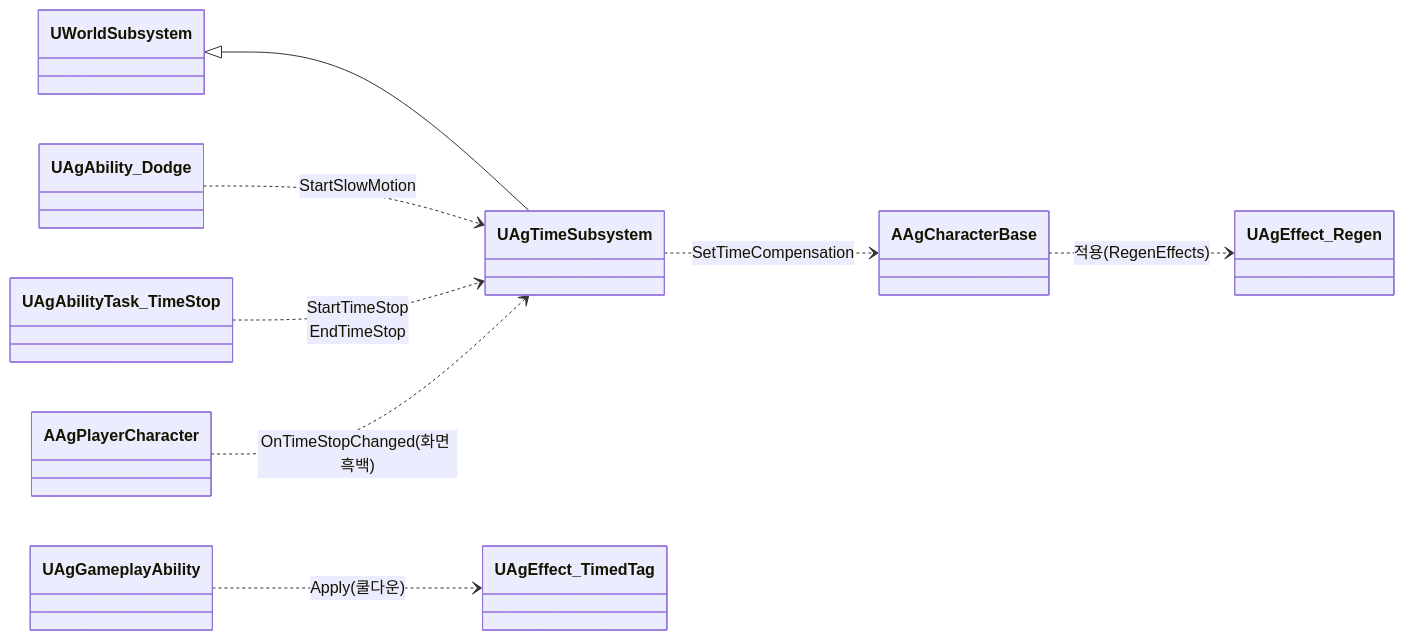
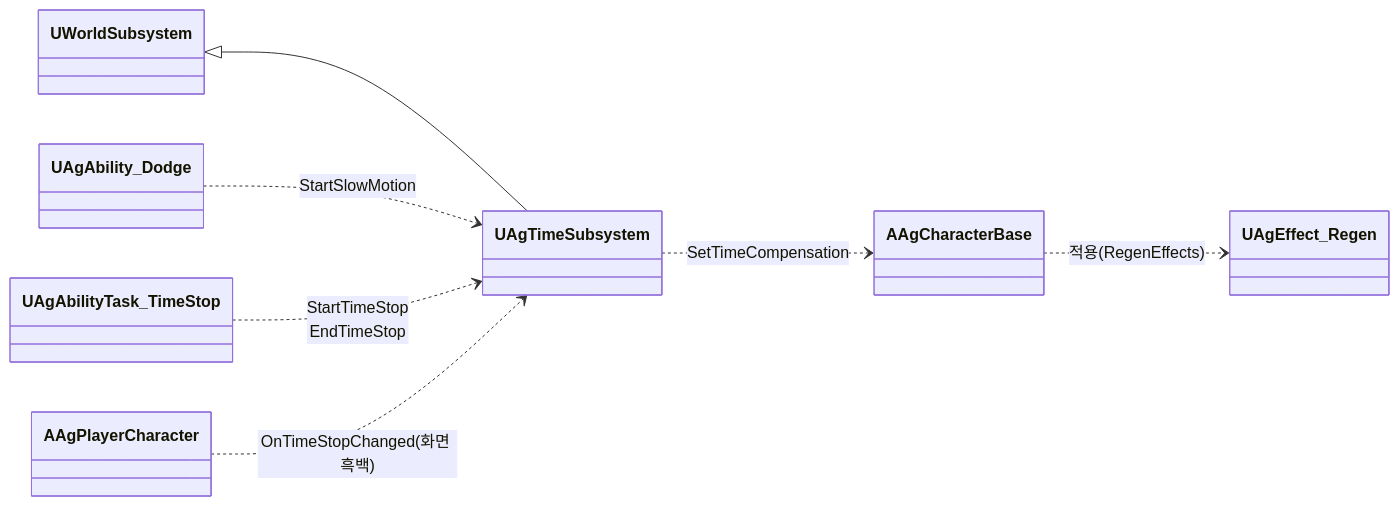
Before and after one commit to Woogl/Ag: the first of 2 diagrams in Docs/Program/전투 규칙.md, drawn with Mermaid. The commit also changed other lines of this file and 54 other files, not shown here.

````diff
--- a/Docs/Program/전투 규칙.md
+++ b/Docs/Program/전투 규칙.md
@@ -30,12 +30,11 @@
 ```mermaid
 classDiagram
     direction LR
     UWorldSubsystem <|-- UAgTimeSubsystem
 
     AAgCharacterBase ..> UAgEffect_Regen : 적용(RegenEffects)
-    UAgGameplayAbility ..> UAgEffect_TimedTag : Apply(쿨다운)
     UAgAbility_Dodge ..> UAgTimeSubsystem : StartSlowMotion
     UAgAbilityTask_TimeStop ..> UAgTimeSubsystem : StartTimeStop<br>EndTimeStop
     UAgTimeSubsystem ..> AAgCharacterBase : SetTimeCompensation
     AAgPlayerCharacter ..> UAgTimeSubsystem : OnTimeStopChanged(화면 흑백)
 ```
````
